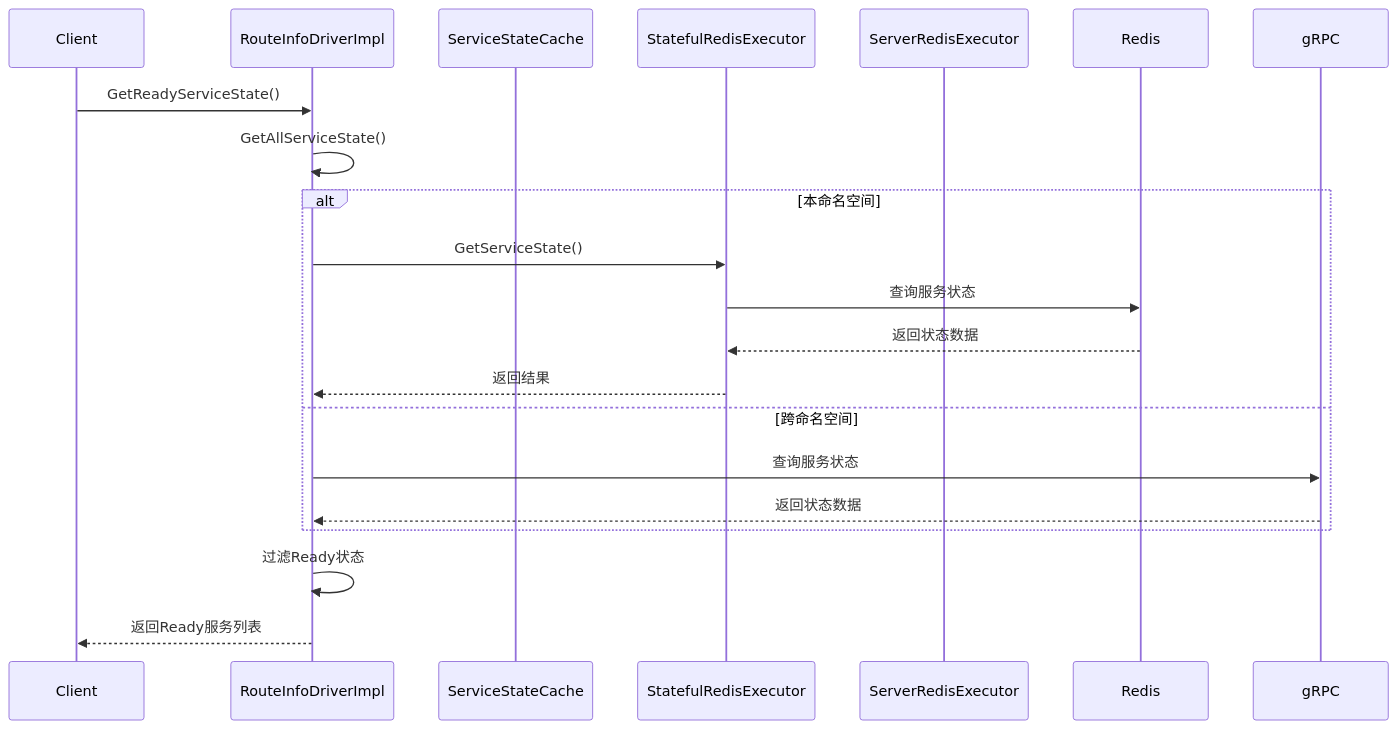
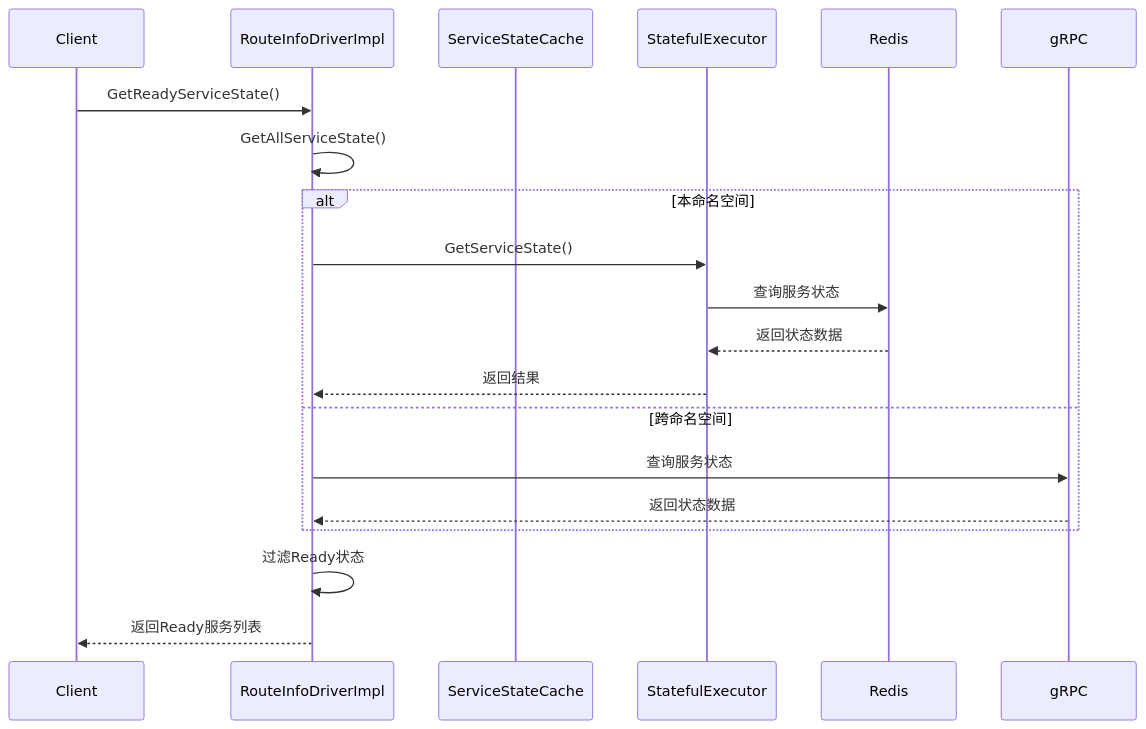
The second of 2 diagrams in route/todo/driver/todolist.md (HZ00M/homo-go), drawn with Mermaid before and after one commit. The commit also changed other lines of this file and 25 other files, not shown here.

````diff
--- a/route/todo/driver/todolist.md
+++ b/route/todo/driver/todolist.md
@@ -120,24 +117,23 @@
 ```mermaid
 sequenceDiagram
     participant Client
     participant RouteInfoDriverImpl
     participant ServiceStateCache
-    participant StatefulRedisExecutor
-    participant ServerRedisExecutor
+    participant StatefulExecutor
     participant Redis
     participant gRPC
     
     Client->>RouteInfoDriverImpl: GetReadyServiceState()
     RouteInfoDriverImpl->>RouteInfoDriverImpl: GetAllServiceState()
     alt 本命名空间
-        RouteInfoDriverImpl->>StatefulRedisExecutor: GetServiceState()
-        StatefulRedisExecutor->>Redis: 查询服务状态
-        Redis-->>StatefulRedisExecutor: 返回状态数据
-        StatefulRedisExecutor-->>RouteInfoDriverImpl: 返回结果
+        RouteInfoDriverImpl->>StatefulExecutor: GetServiceState()
+        StatefulExecutor->>Redis: 查询服务状态
+        Redis-->>StatefulExecutor: 返回状态数据
+        StatefulExecutor-->>RouteInfoDriverImpl: 返回结果
     else 跨命名空间
         RouteInfoDriverImpl->>gRPC: 查询服务状态
         gRPC-->>RouteInfoDriverImpl: 返回状态数据
     end
     RouteInfoDriverImpl->>RouteInfoDriverImpl: 过滤Ready状态
     RouteInfoDriverImpl-->>Client: 返回Ready服务列表
 ```
````
